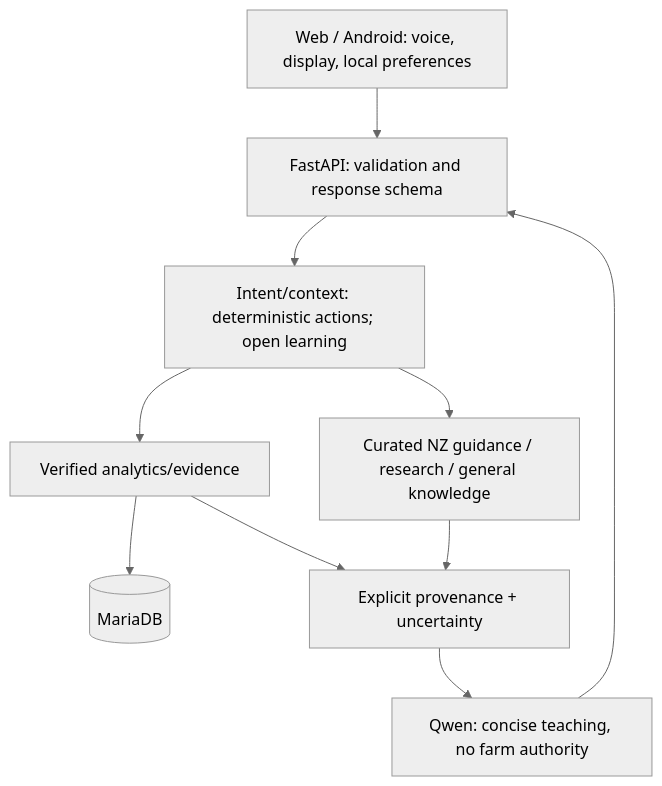
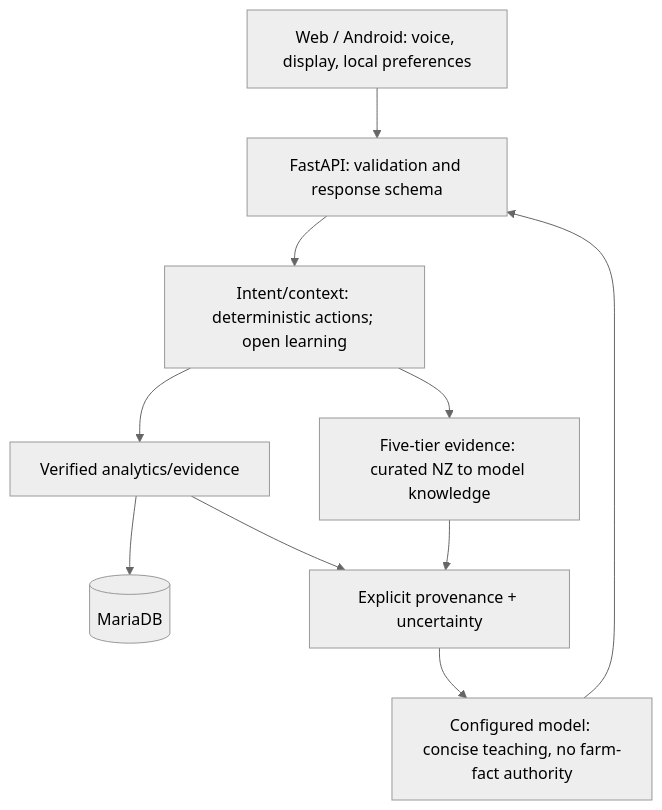
The diagram in docs/diagrams/layered-boundaries.mmd (w0rmy/farmpi), drawn with Mermaid (neutral theme) before and after one commit. The commit also changed 39 other files, not shown here.

```diff
--- a/docs/diagrams/layered-boundaries.mmd
+++ b/docs/diagrams/layered-boundaries.mmd
@@ -1,13 +1,13 @@
 flowchart TB
   UI[Web / Android: voice, display, local preferences]
   API[FastAPI: validation and response schema]
   ROUTE[Intent/context: deterministic actions; open learning]
   DATA[Verified analytics/evidence]
-  SOURCES[Curated NZ guidance / research / general knowledge]
+  SOURCES[Five-tier evidence: curated NZ to model knowledge]
   PROV[Explicit provenance + uncertainty]
   DB[(MariaDB)]
-  LLM[Qwen: concise teaching, no farm authority]
+  LLM[Configured model: concise teaching, no farm-fact authority]
   UI --> API --> ROUTE --> DATA --> DB
   ROUTE --> SOURCES
   DATA --> PROV --> LLM --> API
   SOURCES --> PROV
```
